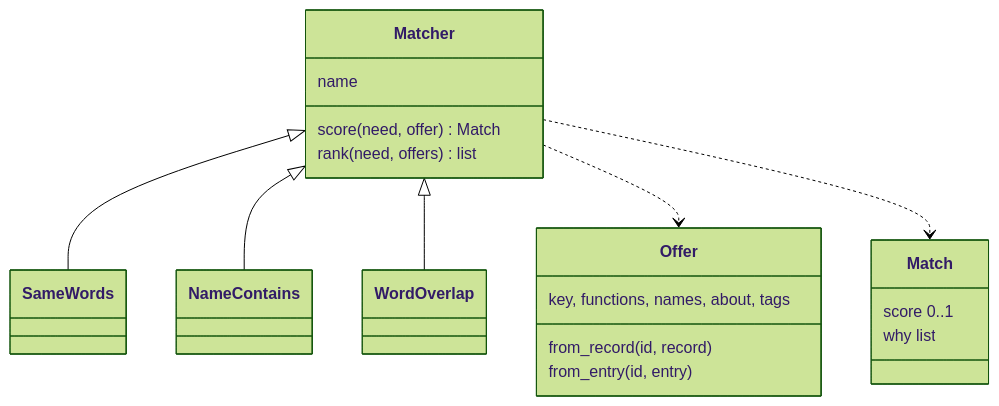
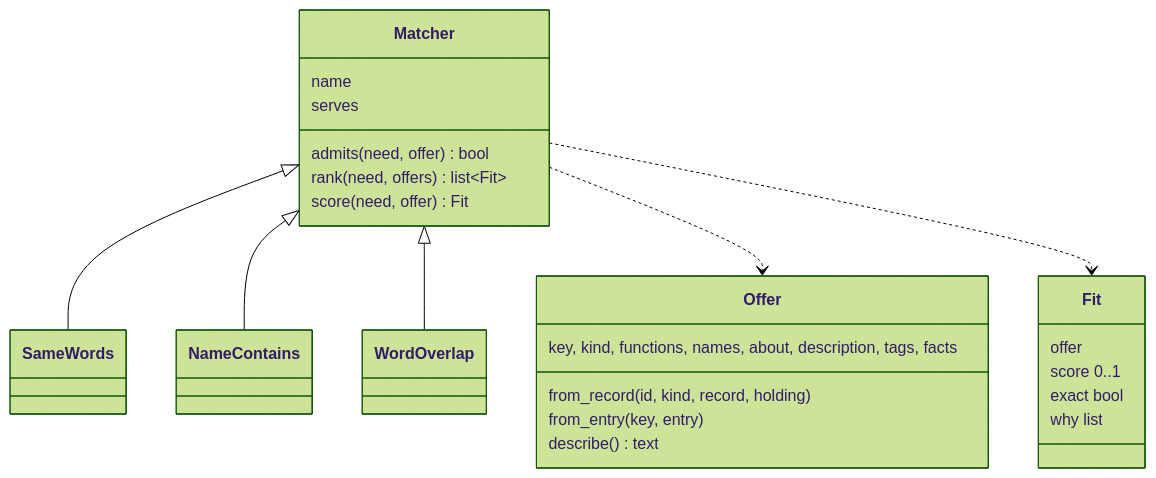
The diagram in docs/2026-10-12-p211-matching-design.md (xmejkal/spark), drawn with Mermaid (forest theme) before and after one commit. The commit also changed other lines of this file and 2 other files, not shown here.

Commit message:
P211 design after the light council: admits, rank, Fit, Offer's sources, the WordOverlap formula, description and --offer, the eval on an invented drawer; MT1-MT21

````diff
--- a/docs/2026-10-12-p211-matching-design.md
+++ b/docs/2026-10-12-p211-matching-design.md
@@ -39,22 +51,27 @@
 ```mermaid
 classDiagram
     class Matcher {
         name
-        score(need, offer) Match
-        rank(need, offers) list
+        serves
+        admits(need, offer) bool
+        rank(need, offers) list~Fit~
+        score(need, offer) Fit
     }
     class Offer {
-        key, functions, names, about, tags
-        from_record(id, record)
-        from_entry(id, entry)
+        key, kind, functions, names, about, description, tags, facts
+        from_record(id, kind, record, holding)
+        from_entry(key, entry)
+        describe() text
     }
-    class Match {
+    class Fit {
+        offer
         score 0..1
+        exact bool
         why list
     }
     Matcher <|-- SameWords
     Matcher <|-- NameContains
     Matcher <|-- WordOverlap
     Matcher ..> Offer
-    Matcher ..> Match
+    Matcher ..> Fit
 ```
````
